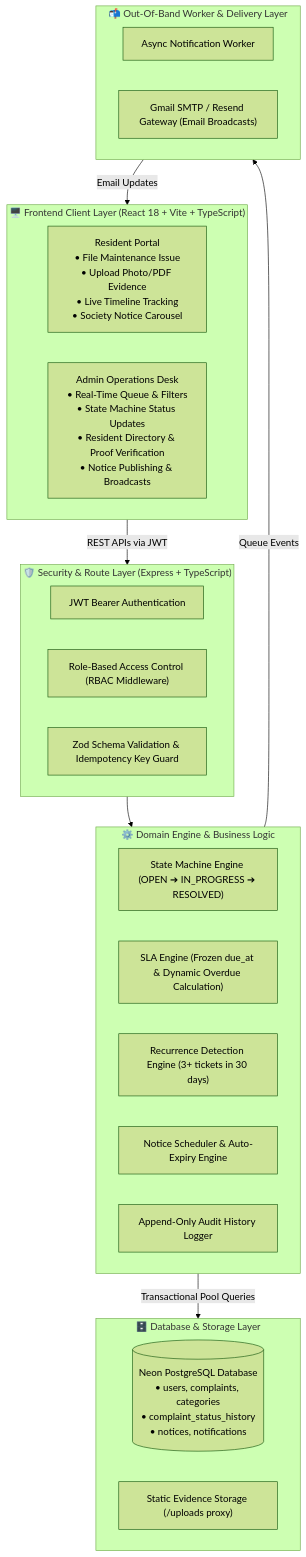
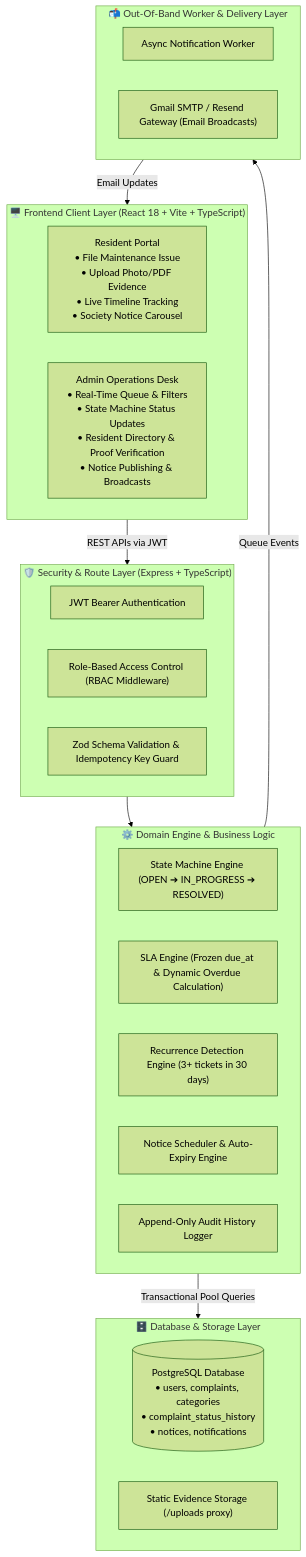
One commit to ishashwatt/ORQEN-Society-Maintenance-Tracker changed the first of 2 diagrams in README.md. Above: the diagram before and after it, drawn with Mermaid (forest theme). The commit also changed other lines of this file, not shown here.

````diff
--- a/README.md
+++ b/README.md
@@ -26,37 +26,37 @@
 ```mermaid
 flowchart TD
     subgraph Client_Layer["🖥️ Frontend Client Layer (React 18 + Vite + TypeScript)"]
         A1["Resident Portal<br/>• File Maintenance Issue<br/>• Upload Photo/PDF Evidence<br/>• Live Timeline Tracking<br/>• Society Notice Carousel"]
         A2["Admin Operations Desk<br/>• Real-Time Queue & Filters<br/>• State Machine Status Updates<br/>• Resident Directory & Proof Verification<br/>• Notice Publishing & Broadcasts"]
     end
 
     subgraph Security_Layer["🛡️ Security & Route Layer (Express + TypeScript)"]
         B1["JWT Bearer Authentication"]
         B2["Role-Based Access Control (RBAC Middleware)"]
         B3["Zod Schema Validation & Idempotency Key Guard"]
     end
 
     subgraph Domain_Layer["⚙️ Domain Engine & Business Logic"]
         C1["State Machine Engine (OPEN ➔ IN_PROGRESS ➔ RESOLVED)"]
         C2["SLA Engine (Frozen due_at & Dynamic Overdue Calculation)"]
         C3["Recurrence Detection Engine (3+ tickets in 30 days)"]
         C4["Notice Scheduler & Auto-Expiry Engine"]
         C5["Append-Only Audit History Logger"]
     end
 
     subgraph Persistence_Layer["🗄️ Database & Storage Layer"]
-        D1[("Neon PostgreSQL Database<br/>• users, complaints, categories<br/>• complaint_status_history<br/>• notices, notifications")]
+        D1[("PostgreSQL Database<br/>• users, complaints, categories<br/>• complaint_status_history<br/>• notices, notifications")]
         D2["Static Evidence Storage (/uploads proxy)"]
     end
 
     subgraph Out_Of_Band["📬 Out-Of-Band Worker & Delivery Layer"]
         E1["Async Notification Worker"]
         E2["Gmail SMTP / Resend Gateway (Email Broadcasts)"]
     end
 
     Client_Layer -->|REST APIs via JWT| Security_Layer
     Security_Layer --> Domain_Layer
     Domain_Layer -->|Transactional Pool Queries| Persistence_Layer
     Domain_Layer -->|Queue Events| Out_Of_Band
     Out_Of_Band -->|Email Updates| Client_Layer
 ```
````
